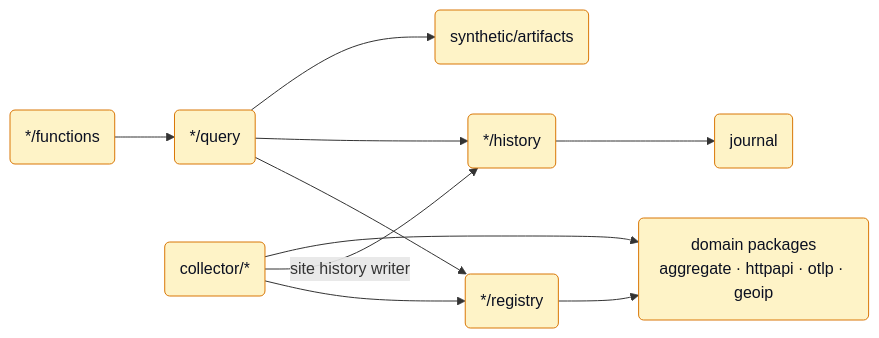
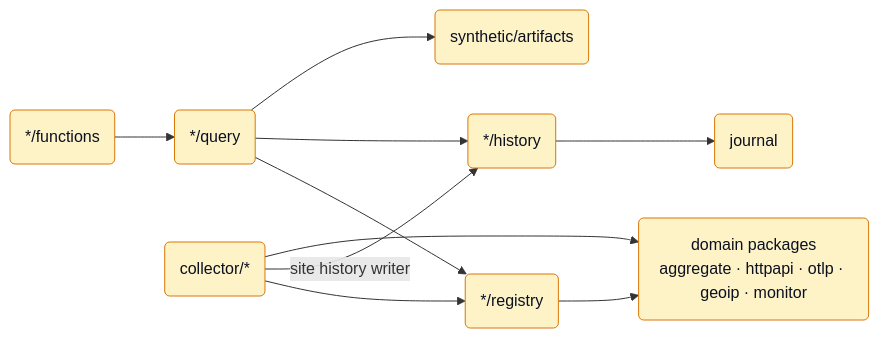
One commit to netdata/netdata changed the sixth of 7 diagrams in src/go/plugin/dem/ARCHITECTURE.md. Above: the diagram before and after it, drawn with Mermaid. The commit also changed other lines of this file and 27 other files, not shown here.

````diff
--- a/src/go/plugin/dem/ARCHITECTURE.md
+++ b/src/go/plugin/dem/ARCHITECTURE.md
@@ -518,15 +519,15 @@
 ```mermaid
 flowchart LR
     Fn("*/functions") --> Q("*/query")
     Q --> Reg("*/registry")
     Q --> H("*/history")
     Q --> A("synthetic/artifacts")
     H --> J("journal")
     Col("collector/*") --> Reg
     Col -->|"site history writer"| H
-    Col --> Dom("domain packages<br/>aggregate · httpapi · otlp · geoip")
+    Col --> Dom("domain packages<br/>aggregate · httpapi · otlp · geoip · monitor")
     Reg --> Dom
 
     classDef pkg fill:#fef3c7,stroke:#d97706,color:#0b1021;
     class Fn,Q,Reg,H,A,J,Col,Dom pkg;
 ```
````
